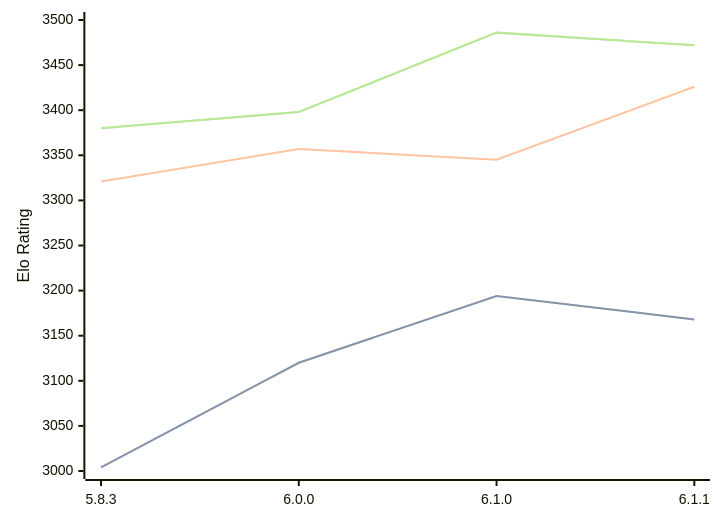
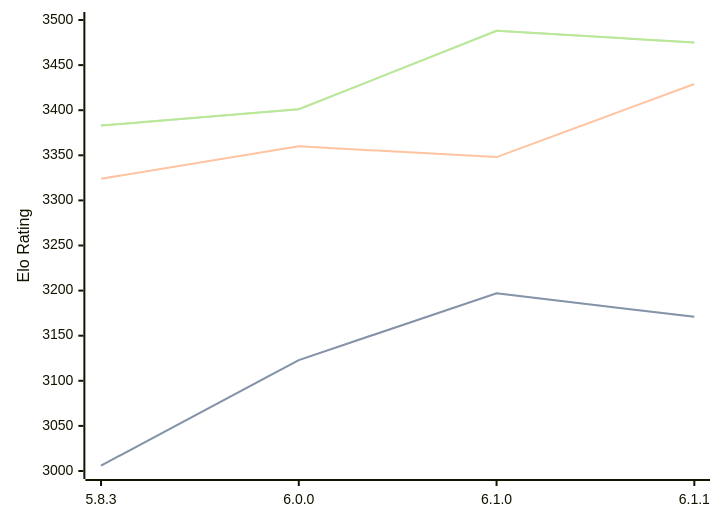
Before and after one commit to computer-chess-index/cci: the diagram in engines/Zigqueen.md, drawn with Mermaid. The commit also changed other lines of this file, not shown here.

Commit message:
Update CCI Ratings (ELO VLTC) - 2026-09-24

````diff
--- a/engines/Zigqueen.md
+++ b/engines/Zigqueen.md
@@ -38,11 +38,11 @@
 ```mermaid
 %%{init: {"theme":"base","themeVariables":{"seriesColors:['#a3a3a3','#222221','#faa371']}}}%%
 xychart-beta
   x-axis ["5.8.3", "6.0.0", "6.1.0", "6.1.1"]
   y-axis "Elo Rating" 3000 --> 3500
-  line "" [3004, 3120, 3194, 3168]
-  line "STC (8.0+0.08s)" [3004, 3120, 3194, 3168]
-  line "LTC (60.0+0.60s)" [3321, 3357, 3345, 3426]
-  line "" [3380, 3398, 3486, 3472]
-  line "VLTC (2m24s+1.12s)" [3380, 3398, 3486, 3472]
+  line "" [3006, 3123, 3197, 3171]
+  line "STC (8.0+0.08s)" [3006, 3123, 3197, 3171]
+  line "LTC (60.0+0.60s)" [3324, 3360, 3348, 3429]
+  line "" [3383, 3401, 3488, 3475]
+  line "VLTC (2m24s+1.12s)" [3383, 3401, 3488, 3475]
 ```
````
